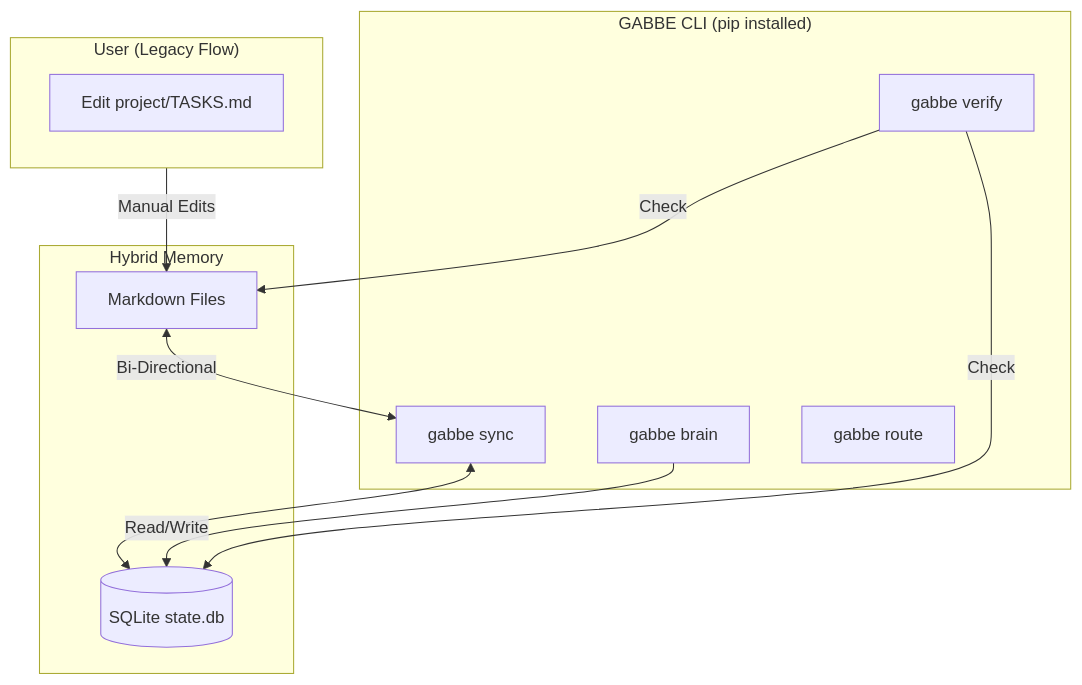
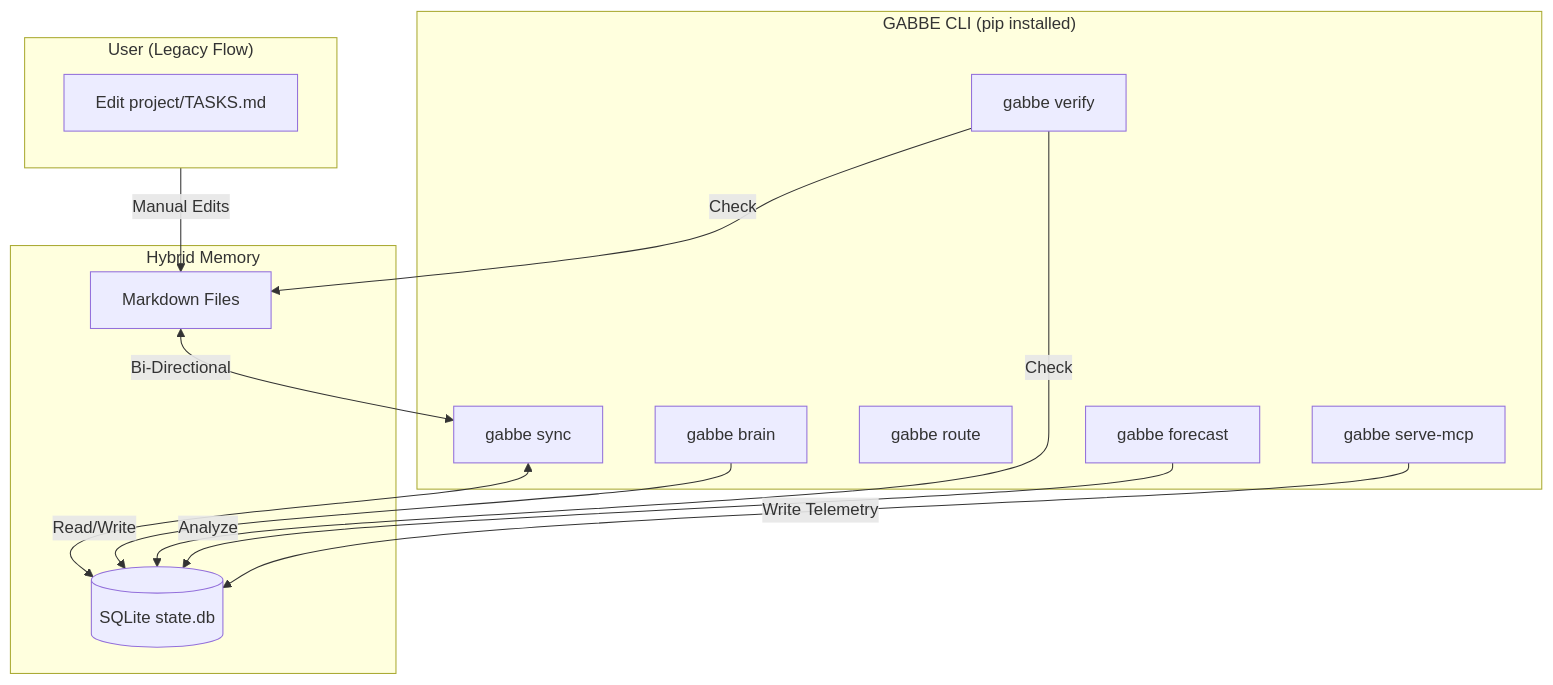
Before and after one commit to ltvmoon/GABBE: the first of 4 diagrams in README.md, drawn with Mermaid. The commit also changed other lines of this file and 32 other files, not shown here.

````diff
--- a/README.md
+++ b/README.md
@@ -201,25 +206,29 @@
 ```mermaid
 graph TD
     subgraph User["User (Legacy Flow)"]
         Edit[Edit project/TASKS.md]
     end
 
     subgraph CLI["GABBE CLI (pip installed)"]
         Sync[gabbe sync]
         Verify[gabbe verify]
         Brain[gabbe brain]
         Router[gabbe route]
+        Forecast[gabbe forecast]
+        MCP[gabbe serve-mcp]
     end
 
     subgraph Storage["Hybrid Memory"]
         MD[Markdown Files]
         DB[(SQLite state.db)]
     end
 
     User -->|Manual Edits| MD
     MD <-->|Bi-Directional| Sync
     Sync <--> DB
     Brain -->|Read/Write| DB
     Verify -->|Check| MD
     Verify -->|Check| DB
+    Forecast -->|Analyze| DB
+    MCP -->|Write Telemetry| DB
 ```
````
